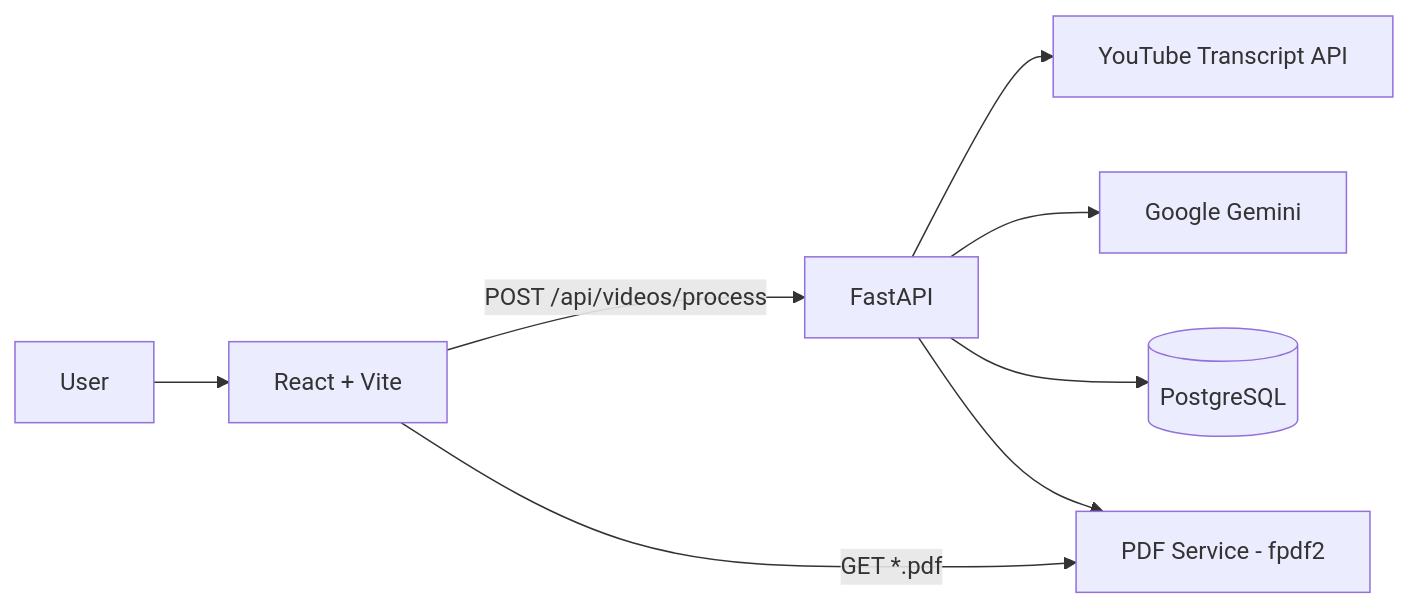
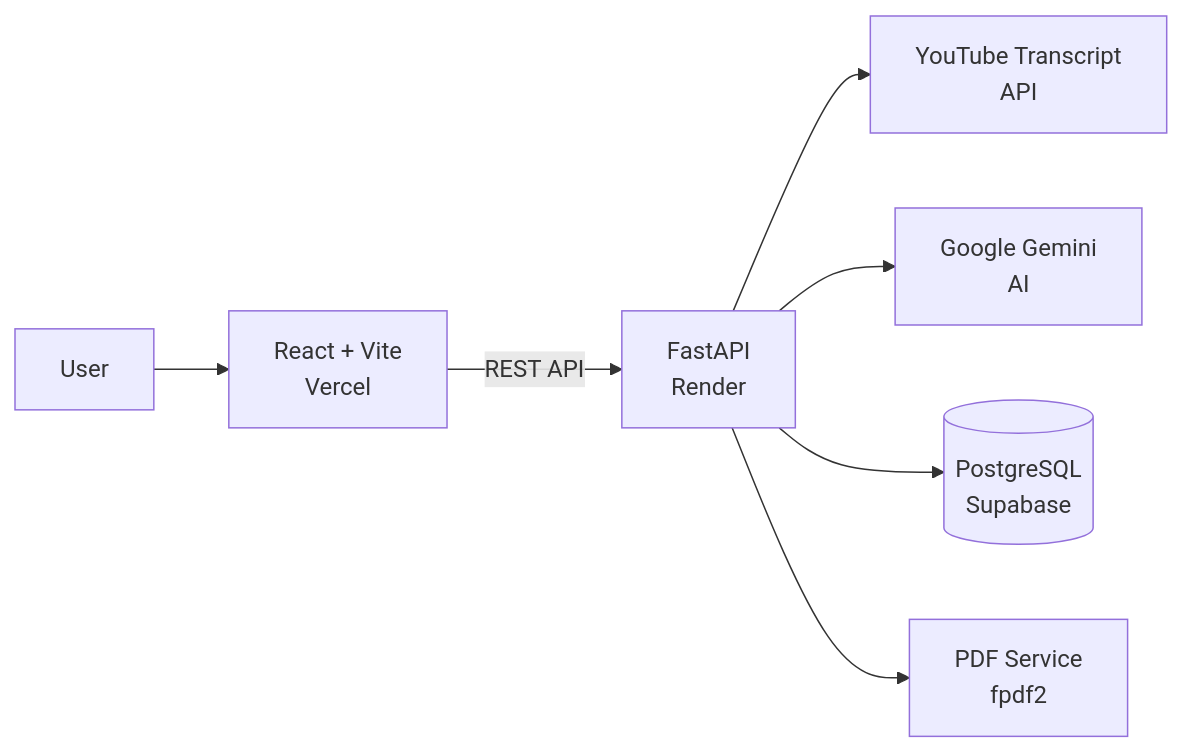
One commit to saisankeerth27/VideoMind_Ai changed the first of 4 diagrams in README.md. Above: the diagram before and after it, drawn with Mermaid. The commit also changed other lines of this file, not shown here.

Commit message:
Rewrite README with clean architecture diagrams and deployment guide

````diff
--- a/README.md
+++ b/README.md
@@ -29,10 +33,9 @@
 ```mermaid
 flowchart LR
-    U[User] --> F[React + Vite]
-    F -->|POST /api/videos/process| B[FastAPI]
-    B --> Y[YouTube Transcript API]
-    B --> G[Google Gemini]
-    B --> D[(PostgreSQL)]
-    B --> P[PDF Service - fpdf2]
-    F -->|GET *.pdf| P
+    U[User] --> F[React + Vite<br/>Vercel]
+    F -->|REST API| B[FastAPI<br/>Render]
+    B --> Y[YouTube Transcript<br/>API]
+    B --> G[Google Gemini<br/>AI]
+    B --> D[(PostgreSQL<br/>Supabase)]
+    B --> P[PDF Service<br/>fpdf2]
 ```
````
